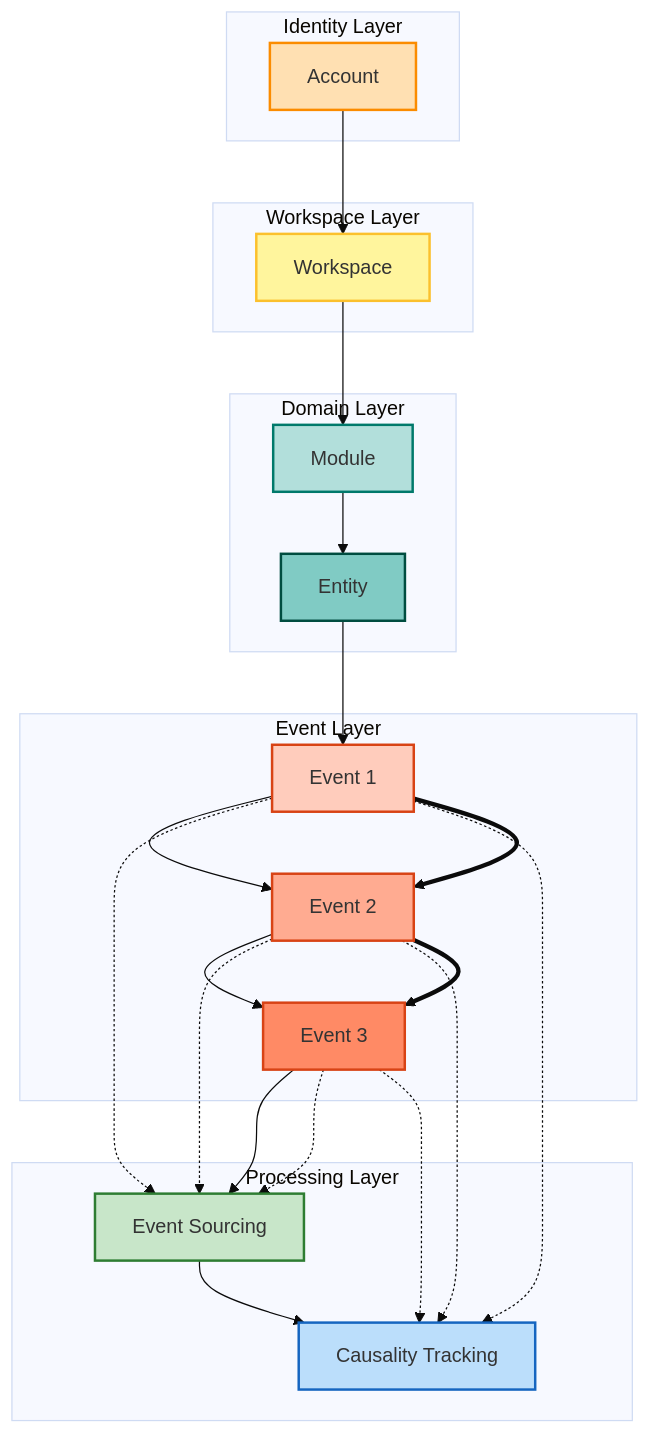
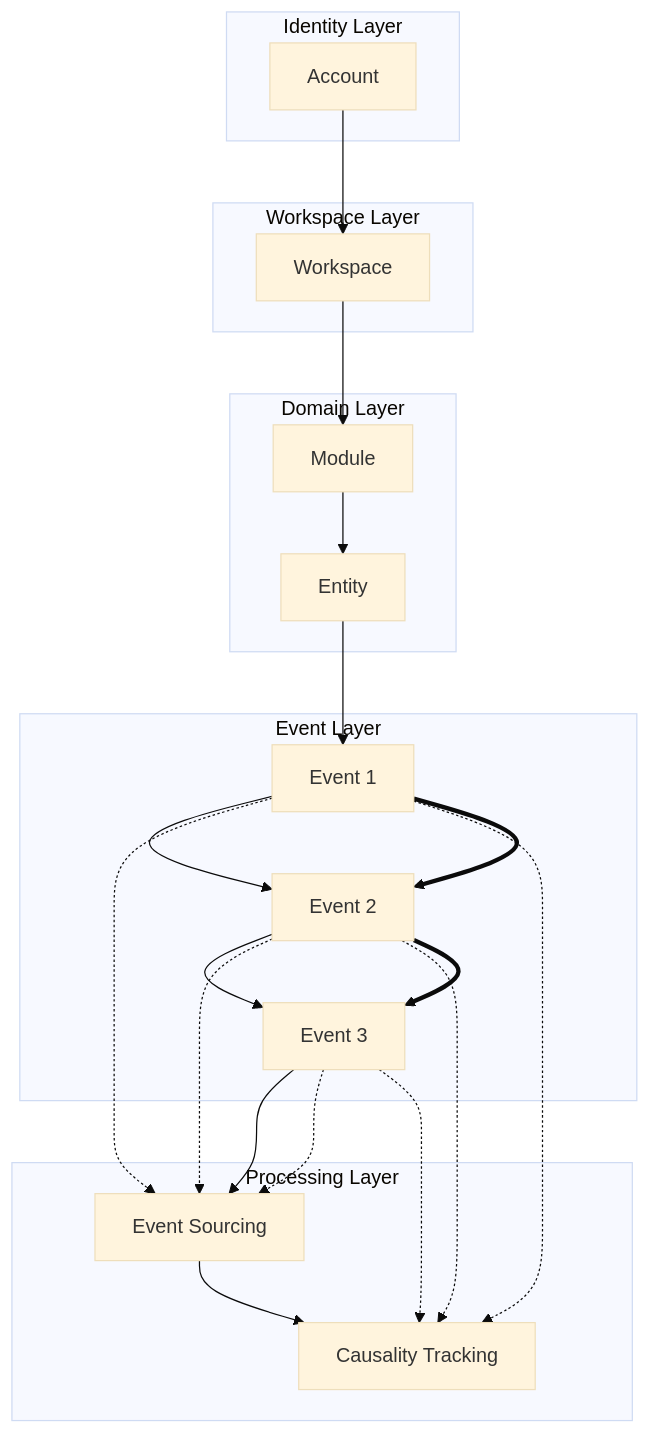
The first of 4 diagrams in Mermaid.md (7Spade/ng-dragon), drawn with Mermaid (base theme) before and after one commit. The commit also changed other lines of this file, not shown here.

Commit message:
Refine Mermaid clarifications for auth, ACL, and events

````diff
--- a/Mermaid.md
+++ b/Mermaid.md
@@ -2,61 +2,31 @@
 ```mermaid
-%% Event Flow + Event Sourcing + Causality Tracking with Causality Links
 flowchart TD
-    %% 層級節點
     subgraph Identity["Identity Layer"]
         A[Account]
     end
-
     subgraph WorkspaceLayer["Workspace Layer"]
         B[Workspace]
     end
-
     subgraph Domain["Domain Layer"]
         C[Module]
         D[Entity]
     end
-
     subgraph EventLayer["Event Layer"]
         E1[Event 1]
         E2[Event 2]
         E3[Event 3]
     end
-
     subgraph Processing["Processing Layer"]
         F[Event Sourcing]
         G[Causality Tracking]
     end
-
-    %% 核心流程
-    A --> B
-    B --> C
-    C --> D
-    D --> E1
-    E1 --> E2
-    E2 --> E3
-    E3 --> F
-    F --> G
-
-    %% Event 延伸處理箭頭
+    A --> B --> C --> D --> E1 --> E2 --> E3 --> F --> G
     E1 -.-> F
     E2 -.-> F
     E3 -.-> F
     E1 -.-> G
     E2 -.-> G
     E3 -.-> G
-
-    %% 因果鏈示意（Causality Tracking）
     E1 ==> E2
     E2 ==> E3
-
-    %% 节点样式
-    style A fill:#ffe0b2,stroke:#fb8c00,stroke-width:2px
-    style B fill:#fff59d,stroke:#fbc02d,stroke-width:2px
-    style C fill:#b2dfdb,stroke:#00796b,stroke-width:2px
-    style D fill:#80cbc4,stroke:#004d40,stroke-width:2px
-    style E1 fill:#ffccbc,stroke:#d84315,stroke-width:2px
-    style E2 fill:#ffab91,stroke:#d84315,stroke-width:2px
-    style E3 fill:#ff8a65,stroke:#d84315,stroke-width:2px
-    style F fill:#c8e6c9,stroke:#2e7d32,stroke-width:2px
-    style G fill:#bbdefb,stroke:#1565c0,stroke-width:2px
 ```
````
